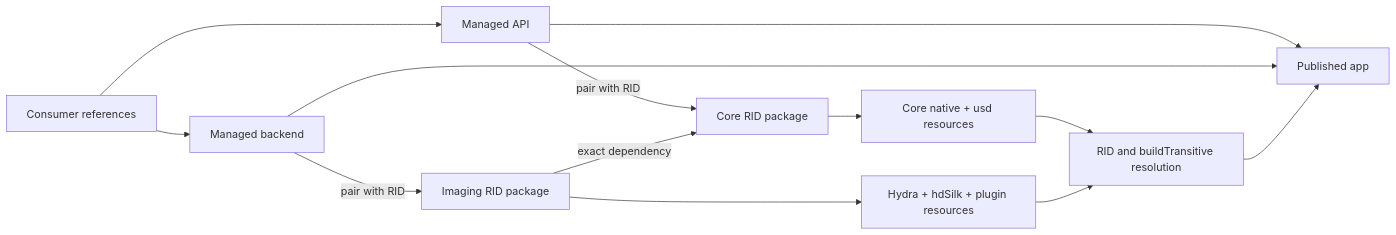
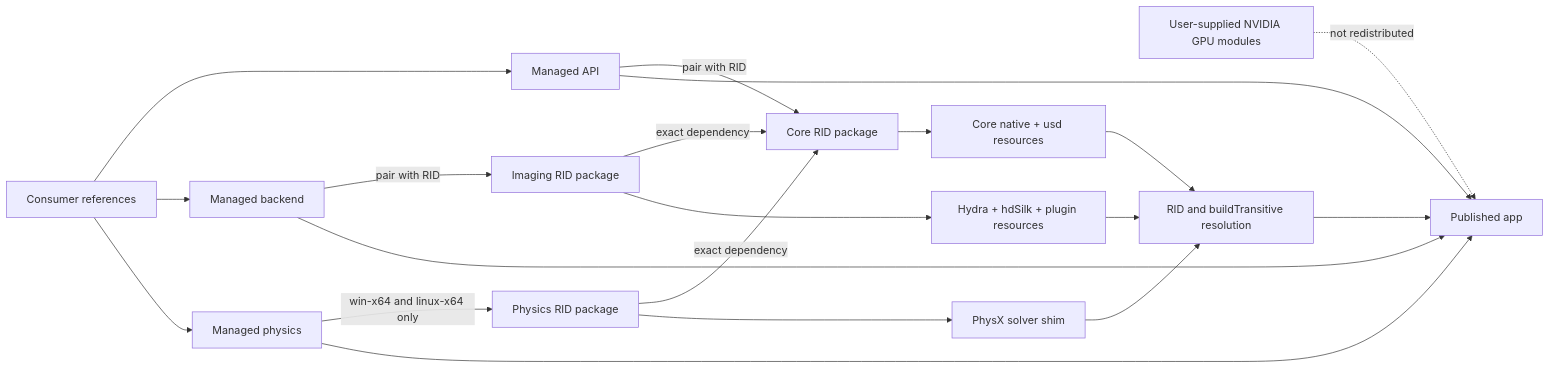
Before and after one commit to marcschier/openusd-dotnet: the diagram in docs/packaging.md, drawn with Mermaid. The commit also changed other lines of this file and 367 other files, not shown here.

````diff
--- a/docs/packaging.md
+++ b/docs/packaging.md
@@ -39,15 +40,22 @@
 ```mermaid
 flowchart LR
     app["Consumer references"] --> managed["Managed API"]
     app --> backend["Managed backend"]
+    app --> physics["Managed physics"]
     managed -->|"pair with RID"| core["Core RID package"]
     backend -->|"pair with RID"| imaging["Imaging RID package"]
+    physics -->|"win-x64 and linux-x64 only"| physicsRid["Physics RID package"]
     imaging -->|"exact dependency"| core
+    physicsRid -->|"exact dependency"| core
     core --> coreAssets["Core native + usd resources"]
     imaging --> imagingAssets["Hydra + hdSilk + plugin resources"]
+    physicsRid --> physicsAssets["PhysX solver shim"]
+    userGpu["User-supplied NVIDIA GPU modules"] -.->|"not redistributed"| output["Published app"]
     coreAssets --> resolve["RID and buildTransitive resolution"]
     imagingAssets --> resolve
-    managed --> output["Published app"]
+    physicsAssets --> resolve
+    managed --> output
     backend --> output
+    physics --> output
     resolve --> output
 ```
````
